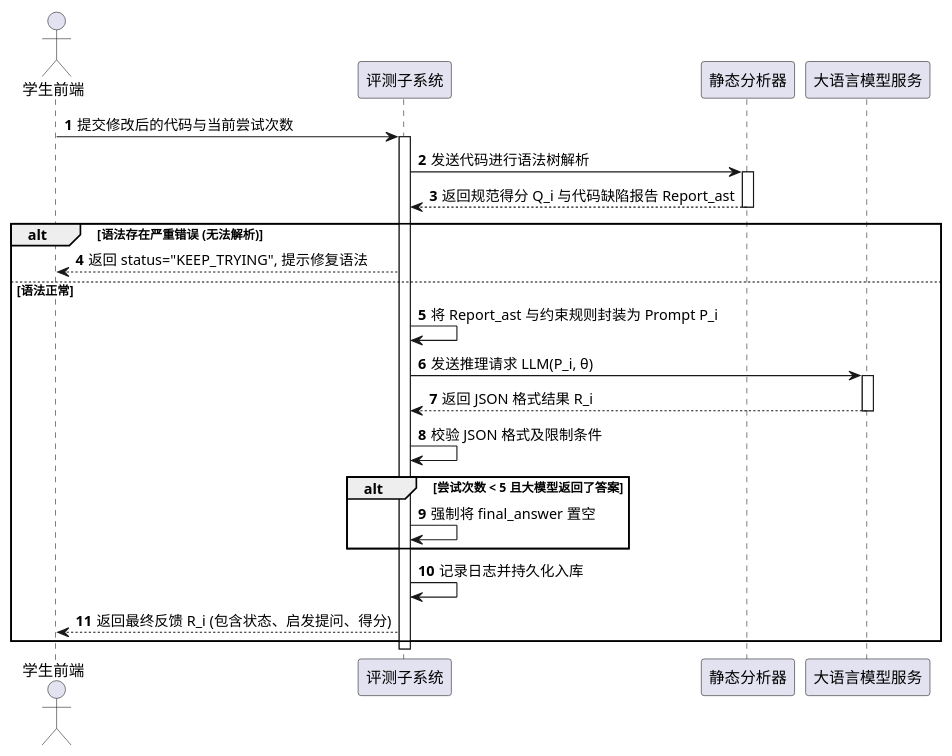
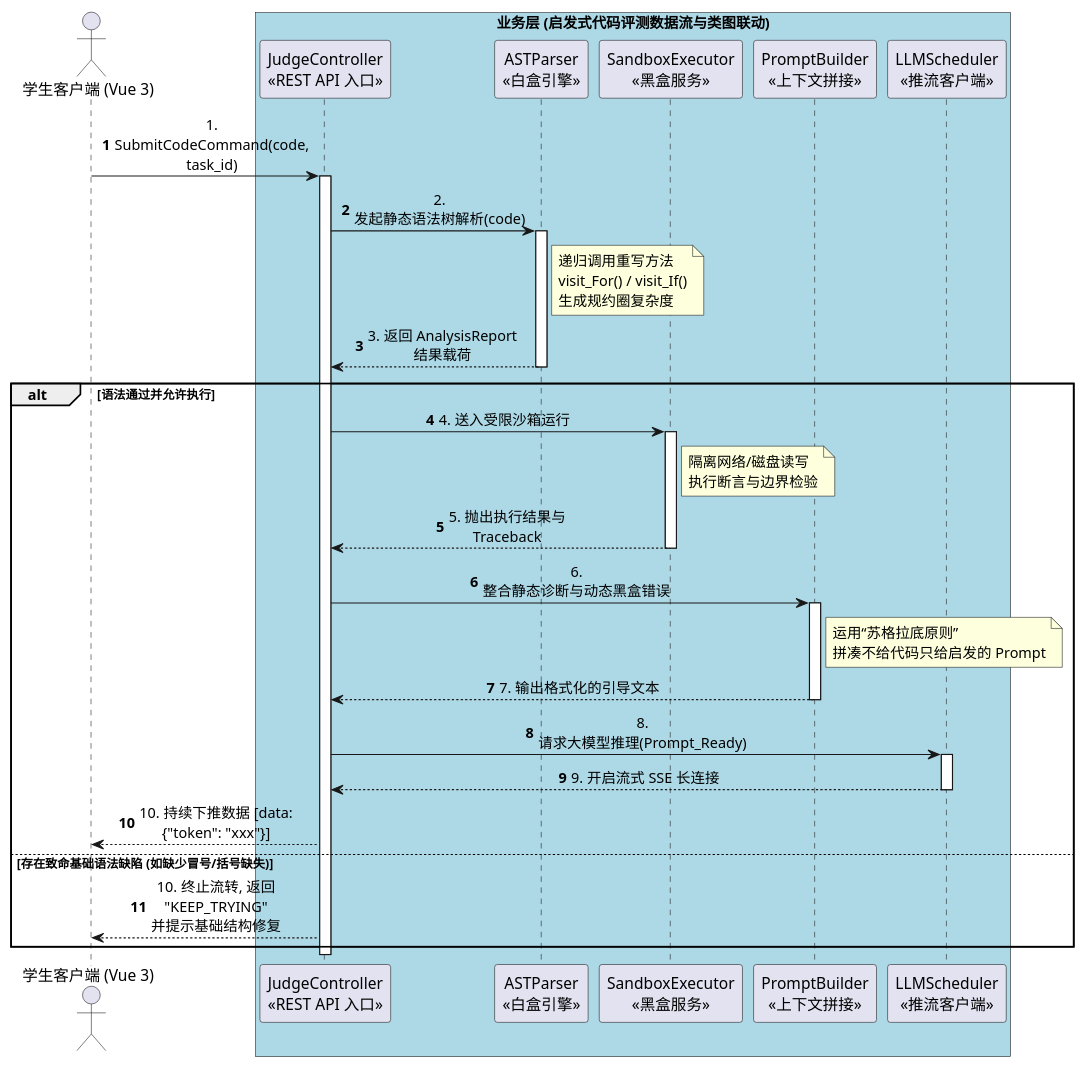
One commit to riverfielder/AgentEducator2-master changed the diagram in thesis/sequence.puml. Above: the diagram before and after it, drawn with PlantUML. The commit also changed 80 other files, not shown here.

Commit message:
fix(dynamic-training): fetch wendao_token instead of token for API calls

```diff
--- a/thesis/sequence.puml
+++ b/thesis/sequence.puml
@@ -1,35 +1,49 @@
 @startuml
 autonumber
-actor "学生前端" as student
-participant "评测子系统" as backend
-participant "静态分析器" as ast
-participant "大语言模型服务" as llm
+skinparam sequenceMessageAlign center
+skinparam maxMessageSize 150
 
-student -> backend: 提交修改后的代码与当前尝试次数
-activate backend
-backend -> ast: 发送代码进行语法树解析
+actor "学生客户端 (Vue 3)" as student
+
+box "业务层 (启发式代码评测数据流与类图联动)" #LightBlue
+participant "JudgeController\n<<REST API 入口>>" as controller
+participant "ASTParser\n<<白盒引擎>>" as ast
+participant "SandboxExecutor\n<<黑盒服务>>" as sandbox
+participant "PromptBuilder\n<<上下文拼接>>" as prompt
+participant "LLMScheduler\n<<推流客户端>>" as llm
+end box
+
+student -> controller: 1. SubmitCodeCommand(code, task_id)
+activate controller
+
+controller -> ast: 2. 发起静态语法树解析(code)
 activate ast
-ast --> backend: 返回规范得分 Q_i 与代码缺陷报告 Report_ast
+note right of ast: 递归调用重写方法\nvisit_For() / visit_If()\n生成规约圈复杂度
+ast --> controller: 3. 返回 AnalysisReport 结果载荷
 deactivate ast
 
-alt 语法存在严重错误 (无法解析)
-    backend --> student: 返回 status="KEEP_TRYING", 提示修复语法
-else 语法正常
-    backend -> backend: 将 Report_ast 与约束规则封装为 Prompt P_i
+alt 语法通过并允许执行
+    controller -> sandbox: 4. 送入受限沙箱运行
+    activate sandbox
+    note right of sandbox: 隔离网络/磁盘读写\n执行断言与边界检验
+    sandbox --> controller: 5. 抛出执行结果与 Traceback
+    deactivate sandbox
+
+    controller -> prompt: 6. 整合静态诊断与动态黑盒错误
+    activate prompt
+    note right of prompt: 运用“苏格拉底原则”\n拼凑不给代码只给启发的 Prompt
+    prompt --> controller: 7. 输出格式化的引导文本
+    deactivate prompt
     
-    backend -> llm: 发送推理请求 LLM(P_i, θ)
+    controller -> llm: 8. 请求大模型推理(Prompt_Ready)
     activate llm
-    llm --> backend: 返回 JSON 格式结果 R_i
+    llm --> controller: 9. 开启流式 SSE 长连接
     deactivate llm
-    
-    backend -> backend: 校验 JSON 格式及限制条件
-    
-    alt 尝试次数 < 5 且大模型返回了答案
-        backend -> backend: 强制将 final_answer 置空
-    end
-    
-    backend -> backend: 记录日志并持久化入库
-    backend --> student: 返回最终反馈 R_i (包含状态、启发提问、得分)
+
+    controller --> student: 10. 持续下推数据 [data: {"token": "xxx"}]
+else 存在致命基础语法缺陷 (如缺少冒号/括号缺失)
+    controller --> student: 10. 终止流转, 返回 "KEEP_TRYING"\n并提示基础结构修复
 end
-deactivate backend
+
+deactivate controller
 @enduml
```
